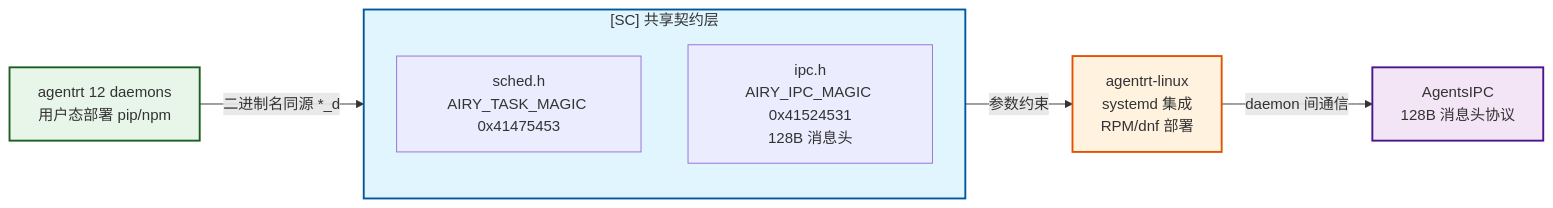
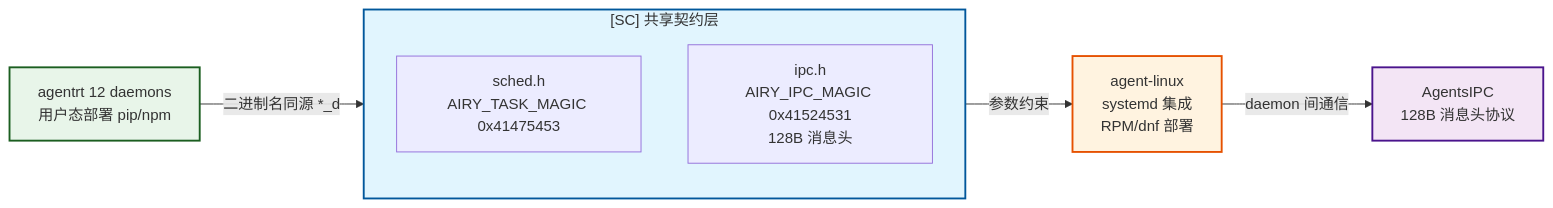
The fifth of 6 diagrams in 100-operations/01-deployment.md (openairymax/docs-linux), drawn with Mermaid before and after one commit. The commit also changed other lines of this file and 172 other files, not shown here.

Commit message:
docs: rename agentrt-linux to agent-linux across docs v0.1.3 双工程结构：agentrt-linux 改名 agent-linux。docs 全仓 186 个 文件中的 agentrt-linux 引用统一为 agent-linux（AirymaxOS 工程名/ URL/路径引用；commit hash 与历史不变）。

````diff
--- a/100-operations/01-deployment.md
+++ b/100-operations/01-deployment.md
@@ -605,14 +605,14 @@
 ```mermaid
 graph LR
     A["agentrt 12 daemons<br/>用户态部署 pip/npm"] -->|"二进制名同源 *_d"| SC
     subgraph SC ["[SC] 共享契约层"]
         S1["sched.h<br/>AIRY_TASK_MAGIC 0x41475453"]
         S2["ipc.h<br/>AIRY_IPC_MAGIC 0x41524531<br/>128B 消息头"]
     end
-    SC -->|"参数约束"| D["agentrt-linux<br/>systemd 集成<br/>RPM/dnf 部署"]
+    SC -->|"参数约束"| D["agent-linux<br/>systemd 集成<br/>RPM/dnf 部署"]
     D -->|"daemon 间通信"| E["AgentsIPC<br/>128B 消息头协议"]
     style SC fill:#e1f5fe,stroke:#01579b,stroke-width:2px
     style A fill:#e8f5e9,stroke:#1b5e20,stroke-width:2px
     style D fill:#fff3e0,stroke:#e65100,stroke-width:2px
     style E fill:#f3e5f5,stroke:#4a148c,stroke-width:2px
 ```
````
